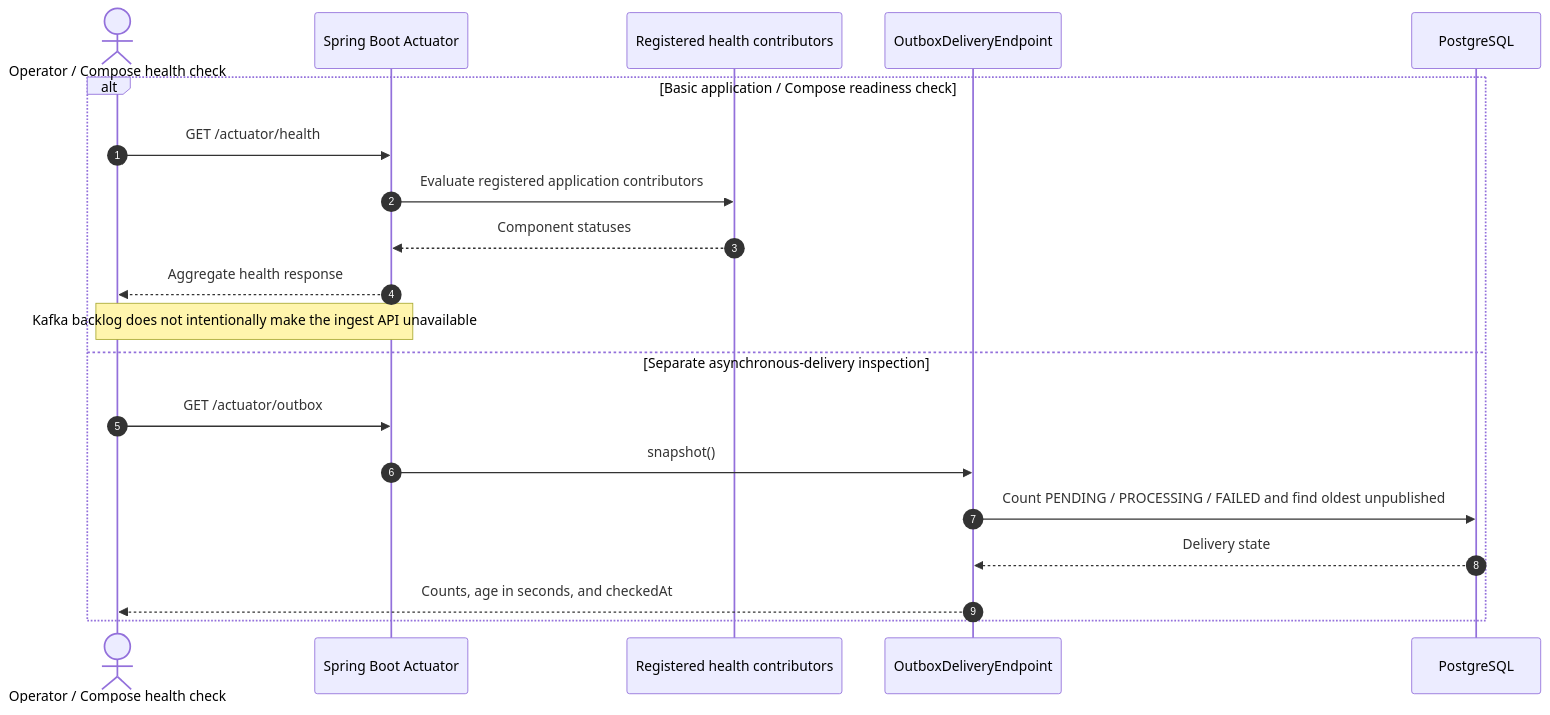
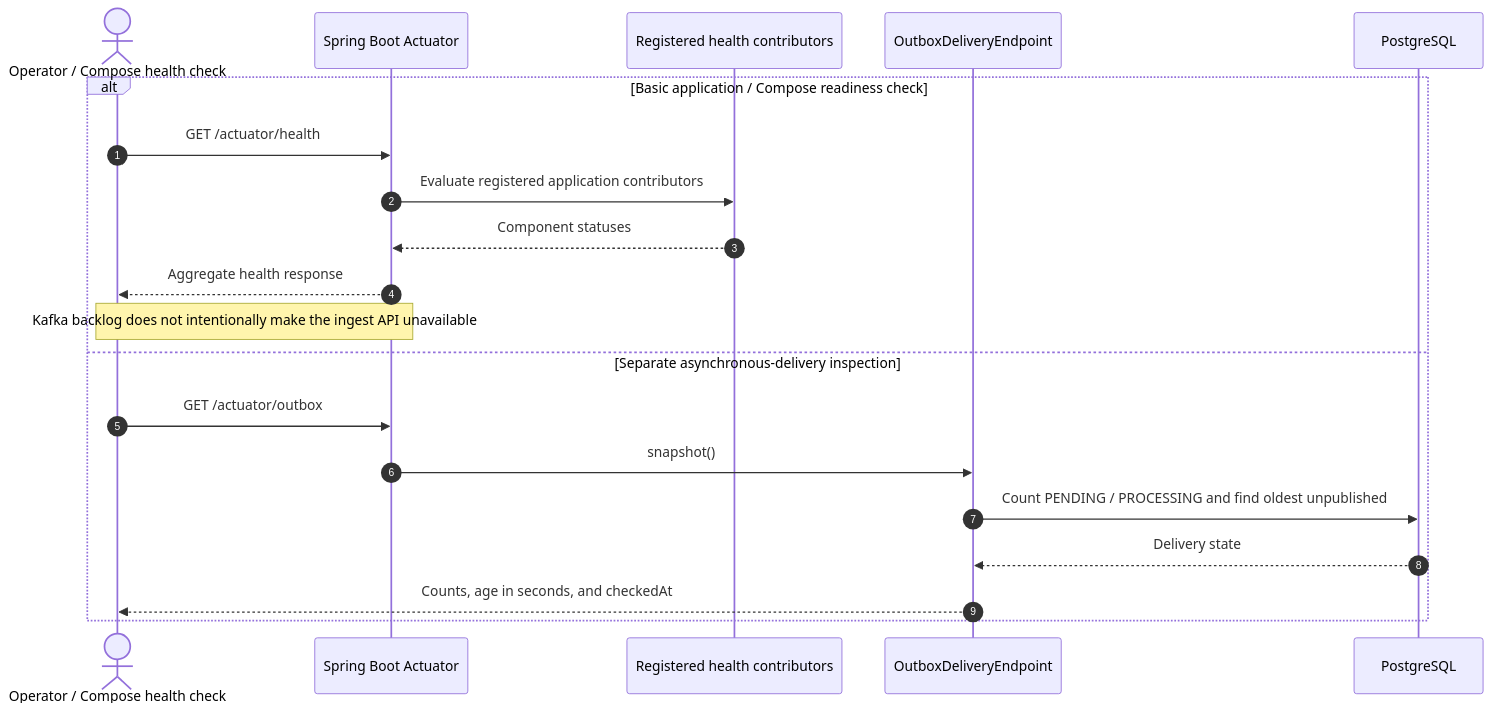
Before and after one commit to tarunngusain08/transaction-outbox-service: the seventh of 16 diagrams in docs/sequence-diagrams.md, drawn with Mermaid. The commit also changed other lines of this file and 25 other files, not shown here.

````diff
--- a/docs/sequence-diagrams.md
+++ b/docs/sequence-diagrams.md
@@ -255,23 +258,23 @@
 ```mermaid
 sequenceDiagram
     autonumber
     actor Probe as Operator / Compose health check
     participant Actuator as Spring Boot Actuator
     participant Indicators as Registered health contributors
     participant Outbox as OutboxDeliveryEndpoint
     participant DB as PostgreSQL
 
     alt Basic application / Compose readiness check
         Probe->>Actuator: GET /actuator/health
         Actuator->>Indicators: Evaluate registered application contributors
         Indicators-->>Actuator: Component statuses
         Actuator-->>Probe: Aggregate health response
         Note over Probe,Actuator: Kafka backlog does not intentionally make the ingest API unavailable
     else Separate asynchronous-delivery inspection
         Probe->>Actuator: GET /actuator/outbox
         Actuator->>Outbox: snapshot()
-        Outbox->>DB: Count PENDING / PROCESSING / FAILED and find oldest unpublished
+        Outbox->>DB: Count PENDING / PROCESSING and find oldest unpublished
         DB-->>Outbox: Delivery state
         Outbox-->>Probe: Counts, age in seconds, and checkedAt
     end
 ```
````
